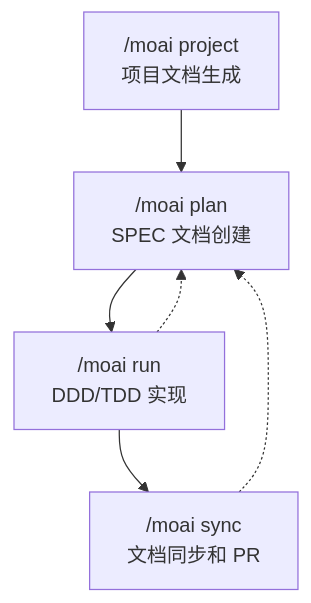
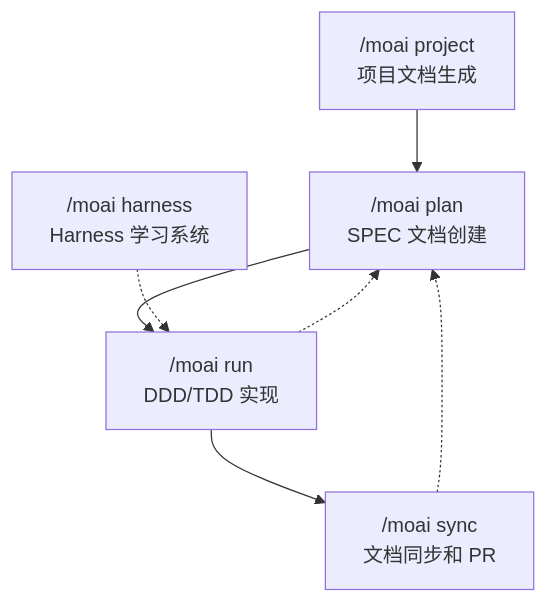
One commit to modu-ai/moai-adk changed the diagram in docs-site/content/zh/workflow-commands/_index.md. Above: the diagram before and after it, drawn with Mermaid. The commit also changed other lines of this file and 52 other files, not shown here.

````diff
--- a/docs-site/content/zh/workflow-commands/_index.md
+++ b/docs-site/content/zh/workflow-commands/_index.md
@@ -13,8 +13,9 @@
 ```mermaid
 flowchart TD
     A["/moai project<br/>项目文档生成"] --> B["/moai plan<br/>SPEC 文档创建"]
     B --> D["/moai run<br/>DDD/TDD 实现"]
     D --> E["/moai sync<br/>文档同步和 PR"]
     E -.-> B
     D -.-> B
+    F["/moai harness<br/>Harness 学习系统"] -.-> D
 ```
````
